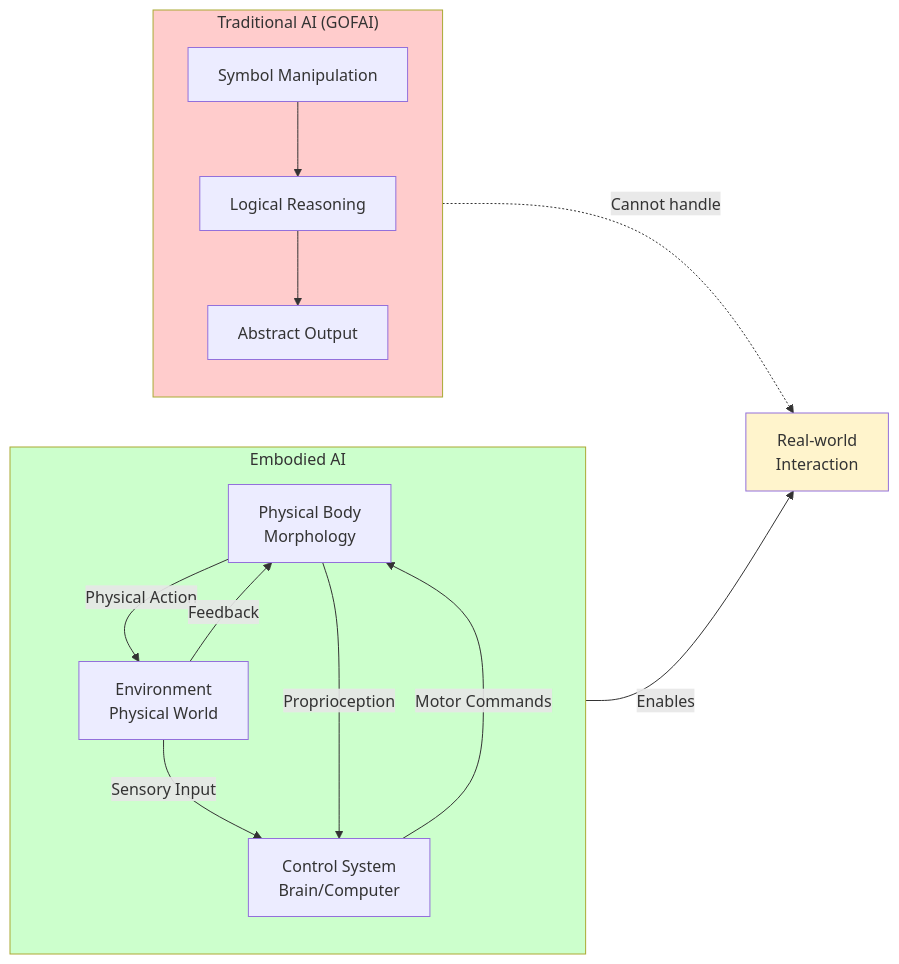
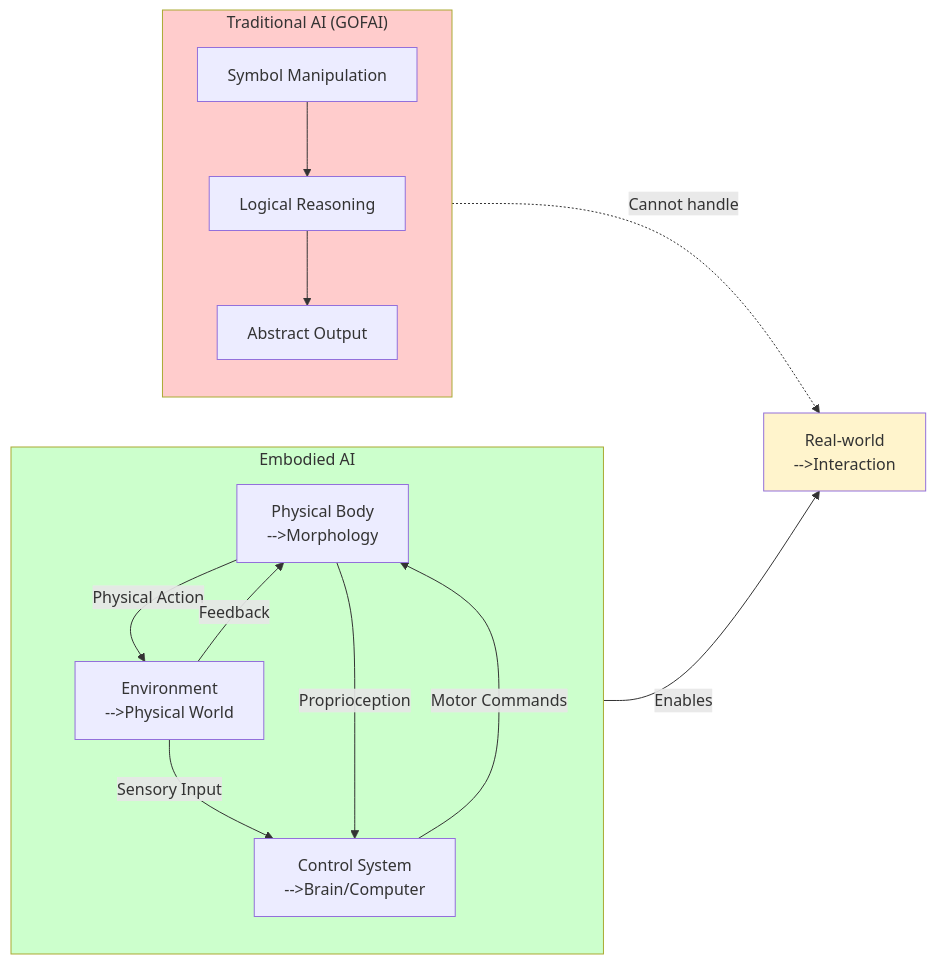
The diagram in docs/chapters/module-0-foundations/02-embodied-intelligence.md (ayeshadev283-max/Physical-AI-Humanoid-Robotics), drawn with Mermaid before and after one commit. The commit also changed other lines of this file and 135 other files, not shown here.

````diff
--- a/docs/chapters/module-0-foundations/02-embodied-intelligence.md
+++ b/docs/chapters/module-0-foundations/02-embodied-intelligence.md
@@ -30,28 +30,28 @@
 ```mermaid
 graph LR
     subgraph Traditional["Traditional AI (GOFAI)"]
         Symbols[Symbol Manipulation]
         Logic[Logical Reasoning]
         Symbols --> Logic
         Logic --> Output1[Abstract Output]
     end
 
     subgraph Embodied["Embodied AI"]
-        Body[Physical Body<br/>Morphology]
-        Brain[Control System<br/>Brain/Computer]
-        Env[Environment<br/>Physical World]
+        Body[Physical Body<br /> -->Morphology]
+        Brain[Control System<br /> -->Brain/Computer]
+        Env[Environment<br /> -->Physical World]
         
         Env -->|Sensory Input| Brain
         Brain -->|Motor Commands| Body
         Body -->|Physical Action| Env
         Env -->|Feedback| Body
         Body -->|Proprioception| Brain
     end
 
-    Traditional -.->|Cannot handle| RealWorld[Real-world<br/>Interaction]
+    Traditional -.->|Cannot handle| RealWorld[Real-world<br /> -->Interaction]
     Embodied -->|Enables| RealWorld
 
     style Traditional fill:#ffcccc
     style Embodied fill:#ccffcc
     style RealWorld fill:#fff4cc
 ```
````
